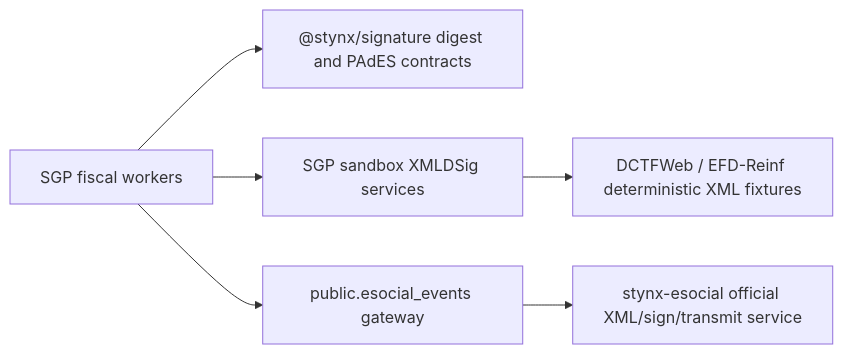
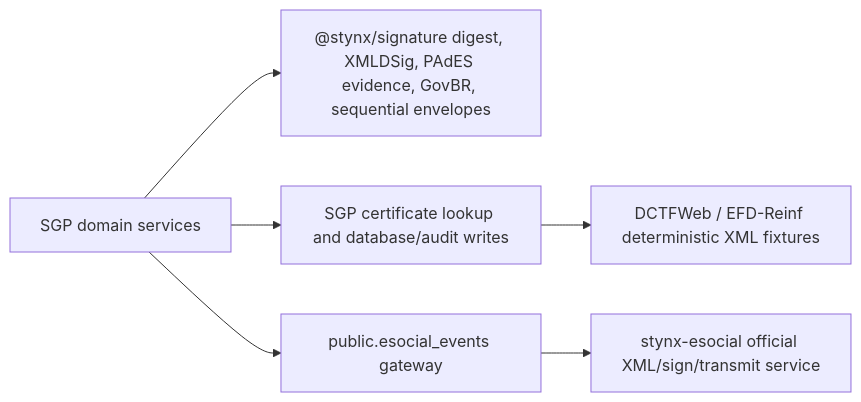
The diagram in docs/eng/68-signature-architecture.md (aarusso-nyx/sgp), drawn with Mermaid before and after one commit. The commit also changed other lines of this file and 27 other files, not shown here.

Commit message:
refactor(pdf): consume stynx pdf evidence appender [skip ci]

````diff
--- a/docs/eng/68-signature-architecture.md
+++ b/docs/eng/68-signature-architecture.md
@@ -26,8 +32,8 @@
 ```mermaid
 flowchart LR
-  SGP["SGP fiscal workers"] --> Digest["@stynx/signature digest and PAdES contracts"]
-  SGP --> Local["SGP sandbox XMLDSig services"]
-  Local --> Fiscal["DCTFWeb / EFD-Reinf deterministic XML fixtures"]
+  SGP["SGP domain services"] --> Signature["@stynx/signature digest, XMLDSig, PAdES evidence, GovBR, sequential envelopes"]
+  SGP --> Certs["SGP certificate lookup and database/audit writes"]
+  Certs --> Fiscal["DCTFWeb / EFD-Reinf deterministic XML fixtures"]
   SGP --> Spool["public.esocial_events gateway"]
   Spool --> Esocial["stynx-esocial official XML/sign/transmit service"]
 ```
````
